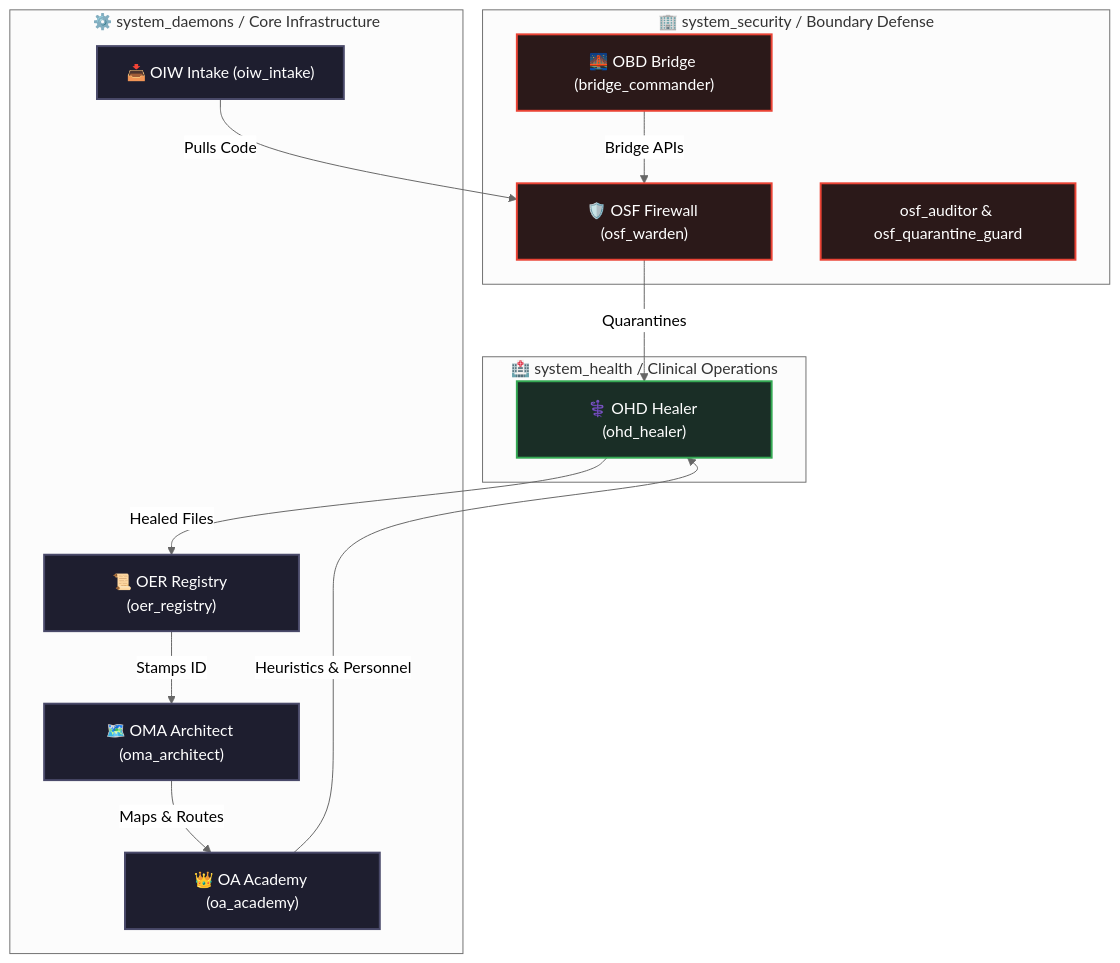
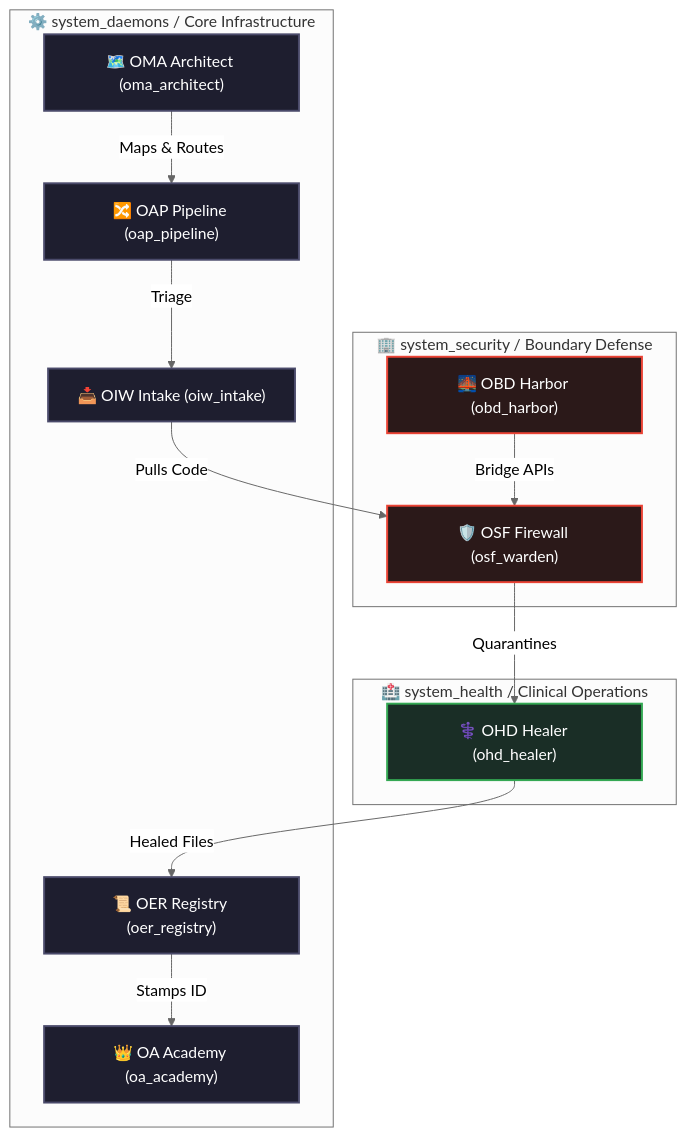
The diagram in core/docs/architecture/CORE_DAEMONS_AND_OER.md (LongLeo287/OmniClaw), drawn with Mermaid (neutral theme) before and after one commit. The commit also changed other lines of this file and 1 other file, not shown here.

Commit message:
docs: finalized cross-links and architectural renaming

````diff
--- a/core/docs/architecture/CORE_DAEMONS_AND_OER.md
+++ b/core/docs/architecture/CORE_DAEMONS_AND_OER.md
@@ -49,31 +60,31 @@
 ```mermaid
 graph TD
     classDef sys fill:#1e1e2f,stroke:#4a4a6a,stroke-width:2px,color:#fff;
     classDef hlth fill:#1a2e26,stroke:#34a853,stroke-width:2px,color:#fff;
     classDef sec fill:#2b1919,stroke:#ea4335,stroke-width:2px,color:#fff;
     
     subgraph system_security[🏢 system_security / Boundary Defense]
         OSF["🛡️ OSF Firewall (osf_warden)"]:::sec
-        OSF_SUB["osf_auditor & osf_quarantine_guard"]:::sec
-        OBD["🌉 OBD Bridge (bridge_commander)"]:::sec
+        OBD["🌉 OBD Harbor (obd_harbor)"]:::sec
     end
     
     subgraph system_health[🏥 system_health / Clinical Operations]
         OHD["⚕️ OHD Healer (ohd_healer)"]:::hlth
     end
 
     subgraph system_daemons[⚙️ system_daemons / Core Infrastructure]
         OMA["🗺️ OMA Architect (oma_architect)"]:::sys
+        OAP["🔀 OAP Pipeline (oap_pipeline)"]:::sys
         OA["👑 OA Academy (oa_academy)"]:::sys
         OIW["📥 OIW Intake (oiw_intake)"]:::sys
         OER["📜 OER Registry (oer_registry)"]:::sys
     end
 
-    OMA -->|"Maps & Routes"| OA
-    OA -->|"Heuristics & Personnel"| OHD
+    OMA -->|"Maps & Routes"| OAP
+    OAP -->|"Triage"| OIW
     OIW -->|"Pulls Code"| OSF
     OSF -->|"Quarantines"| OHD
     OHD -->|"Healed Files"| OER
-    OER -->|"Stamps ID"| OMA
+    OER -->|"Stamps ID"| OA
     OBD -->|"Bridge APIs"| OSF
 ```
````
